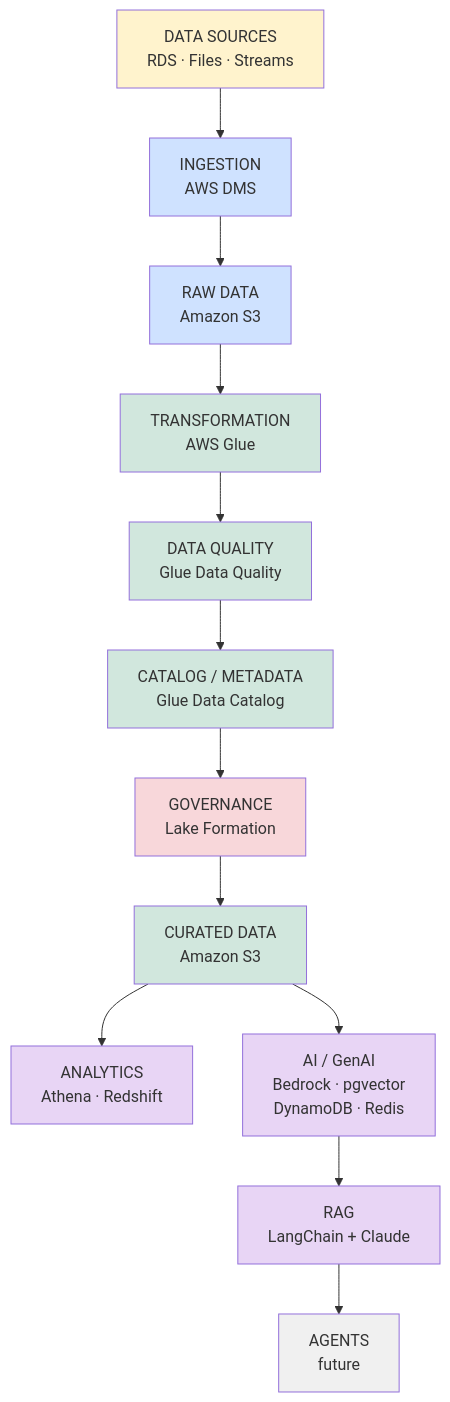
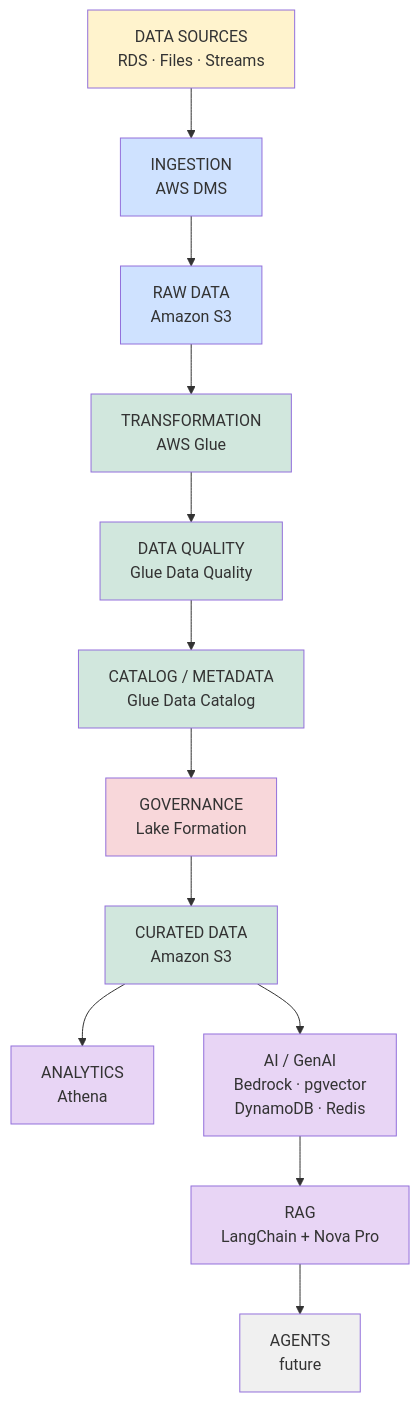
One commit to 8infinitecloud/aws-ug-databases-for-ia changed the fifth of 5 diagrams in docs/architecture.md. Above: the diagram before and after it, drawn with Mermaid. The commit also changed other lines of this file and 16 other files, not shown here.

````diff
--- a/docs/architecture.md
+++ b/docs/architecture.md
@@ -218,33 +222,33 @@
 ```mermaid
 flowchart TD
     DS[DATA SOURCES\nRDS · Files · Streams]
     ING[INGESTION\nAWS DMS]
     RAW[RAW DATA\nAmazon S3]
     TRF[TRANSFORMATION\nAWS Glue]
     DQ[DATA QUALITY\nGlue Data Quality]
     CAT[CATALOG / METADATA\nGlue Data Catalog]
     GOV[GOVERNANCE\nLake Formation]
     CUR[CURATED DATA\nAmazon S3]
 
-    ANA[ANALYTICS\nAthena · Redshift]
+    ANA[ANALYTICS\nAthena]
     AI_BLOCK[AI / GenAI\nBedrock · pgvector\nDynamoDB · Redis]
-    RAG_BLOCK[RAG\nLangChain + Claude]
+    RAG_BLOCK[RAG\nLangChain + Nova Pro]
     AGE[AGENTS\nfuture]
 
     DS --> ING --> RAW --> TRF --> DQ --> CAT --> GOV --> CUR
     CUR --> ANA
     CUR --> AI_BLOCK --> RAG_BLOCK --> AGE
 
     style DS fill:#fff3cd
     style ING fill:#cfe2ff
     style RAW fill:#cfe2ff
     style TRF fill:#d1e7dd
     style DQ fill:#d1e7dd
     style CAT fill:#d1e7dd
     style GOV fill:#f8d7da
     style CUR fill:#d1e7dd
     style ANA fill:#e8d5f5
     style AI_BLOCK fill:#e8d5f5
     style RAG_BLOCK fill:#e8d5f5
     style AGE fill:#f0f0f0
 ```
````
